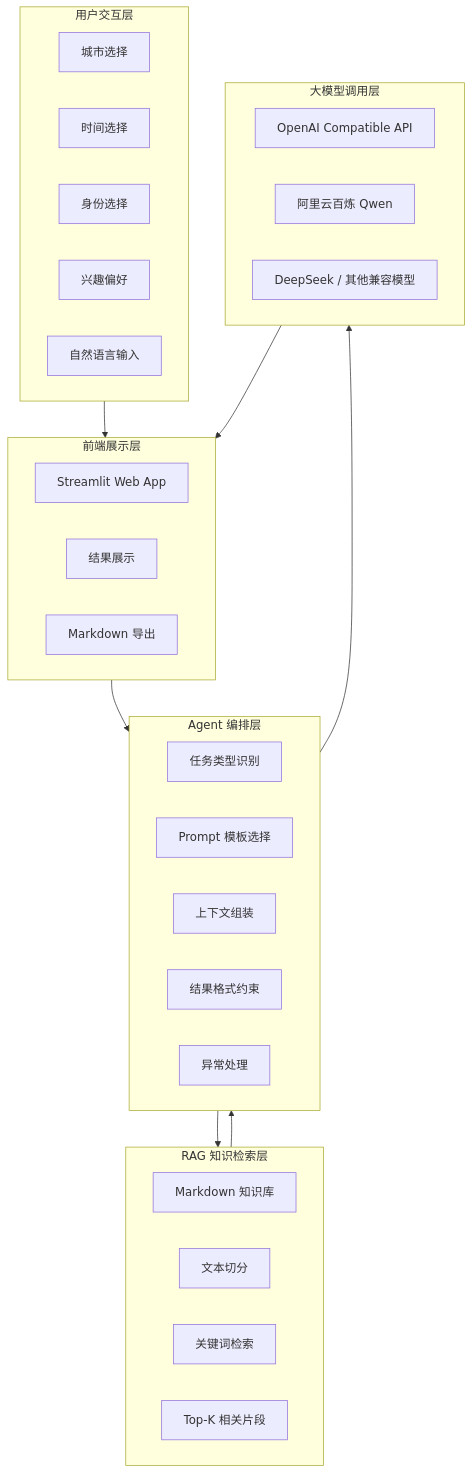
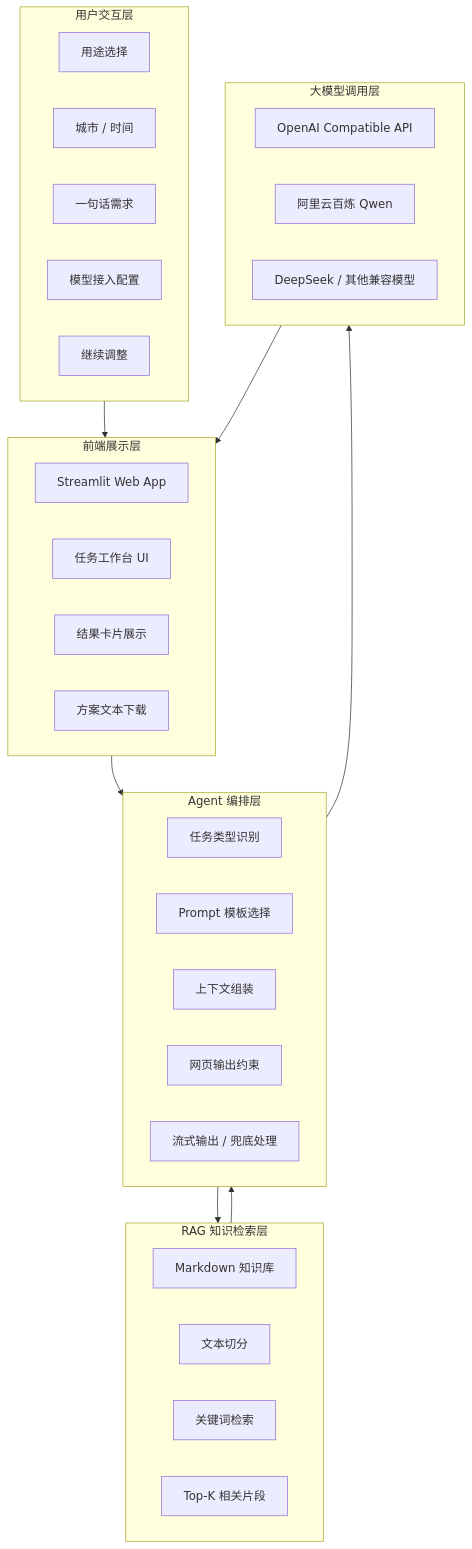
Before and after one commit to liqinglq666/Yuejian-Feiyi-Agent: the third of 6 diagrams in README.md, drawn with Mermaid. The commit also changed other lines of this file and 2 other files, not shown here.

````diff
--- a/README.md
+++ b/README.md
@@ -113,44 +204,45 @@
 ```mermaid
 flowchart TB
     subgraph UserLayer[用户交互层]
-        U1[城市选择]
-        U2[时间选择]
-        U3[身份选择]
-        U4[兴趣偏好]
-        U5[自然语言输入]
+        U1[用途选择]
+        U2[城市 / 时间]
+        U3[一句话需求]
+        U4[模型接入配置]
+        U5[继续调整]
     end
 
     subgraph Frontend[前端展示层]
         S1[Streamlit Web App]
-        S2[结果展示]
-        S3[Markdown 导出]
+        S2[任务工作台 UI]
+        S3[结果卡片展示]
+        S4[方案文本下载]
     end
 
     subgraph AgentLayer[Agent 编排层]
         A1[任务类型识别]
         A2[Prompt 模板选择]
         A3[上下文组装]
-        A4[结果格式约束]
-        A5[异常处理]
+        A4[网页输出约束]
+        A5[流式输出 / 兜底处理]
     end
 
     subgraph RAGLayer[RAG 知识检索层]
         R1[Markdown 知识库]
         R2[文本切分]
         R3[关键词检索]
         R4[Top-K 相关片段]
     end
 
     subgraph ModelLayer[大模型调用层]
         M1[OpenAI Compatible API]
         M2[阿里云百炼 Qwen]
         M3[DeepSeek / 其他兼容模型]
     end
 
     UserLayer --> Frontend
     Frontend --> AgentLayer
     AgentLayer --> RAGLayer
     RAGLayer --> AgentLayer
     AgentLayer --> ModelLayer
     ModelLayer --> Frontend
 ```
````
